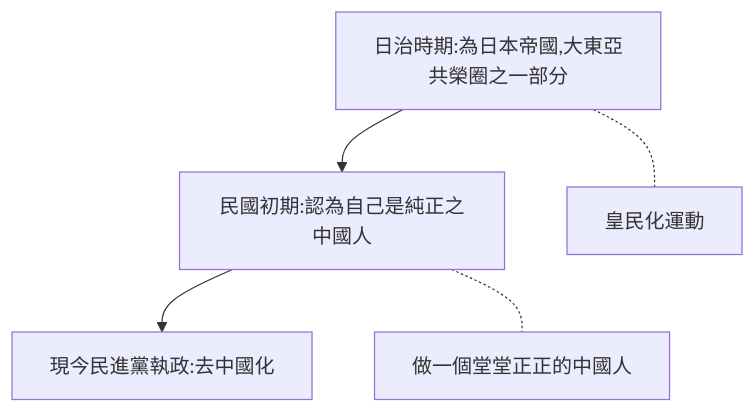
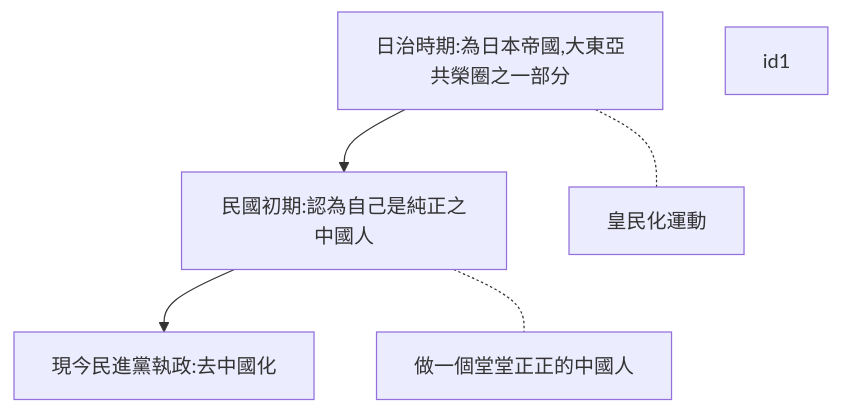
The diagram in Zettelkasten/歷史解釋_認同問題.md (Ethane1755/Obsidian), drawn with Mermaid before and after one commit. The commit also changed 1 other file, not shown here.

Commit message:
Obsidian Backup 2021-09-18 21:37

````diff
--- a/Zettelkasten/歷史解釋_認同問題.md
+++ b/Zettelkasten/歷史解釋_認同問題.md
@@ -9,6 +9,7 @@
 ```mermaid
 graph TD
 日治時期:為日本帝國,大東亞共榮圈之一部分-->民國初期:認為自己是純正之中國人-->現今民進黨執政:去中國化
 日治時期:為日本帝國,大東亞共榮圈之一部分-.-皇民化運動
 民國初期:認為自己是純正之中國人-.-做一個堂堂正正的中國人
+style id1 fil
 ```
````
